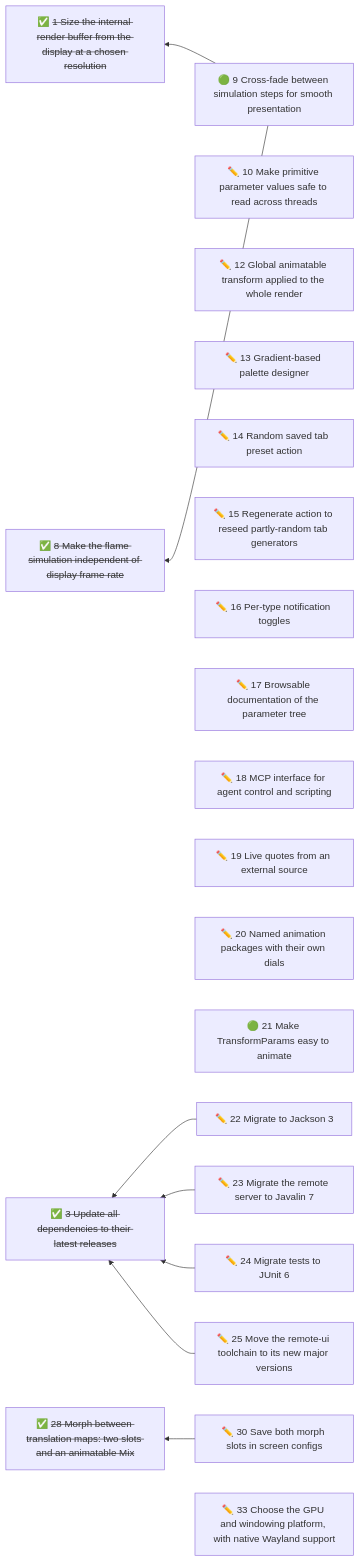
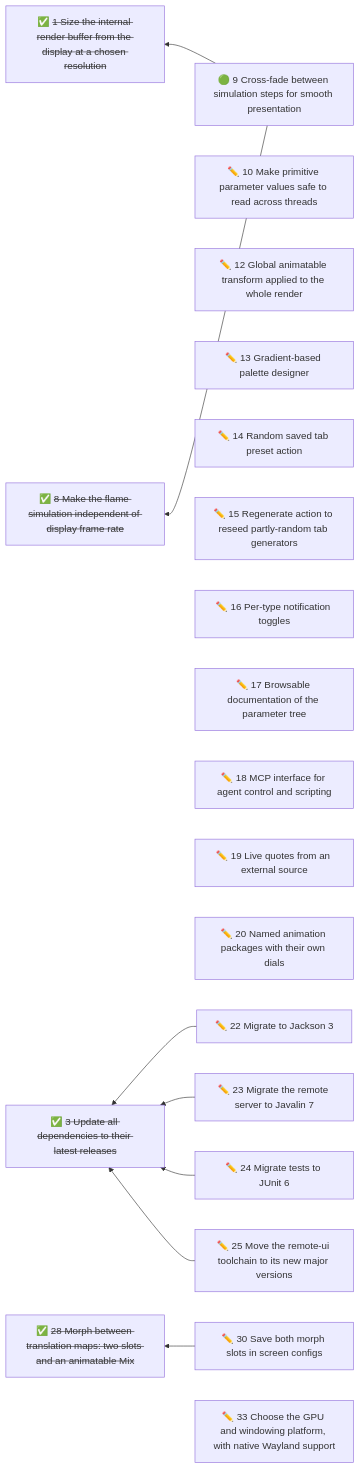
One commit to duckAsteroid/cthugha-reborn changed the diagram in docs/initiatives/README.md. Above: the diagram before and after it, drawn with Mermaid. The commit also changed other lines of this file and 20 other files, not shown here.

First line of the commit message:
feat: make transforms easy to animate (Zoom, Spin, Rotation in degrees)

````diff
--- a/docs/initiatives/README.md
+++ b/docs/initiatives/README.md
@@ -51,54 +50,52 @@
 ```mermaid
 flowchart RL
   n9["🟢 9 Cross-fade between simulation steps for smooth presentation"]
   n10["✏️ 10 Make primitive parameter values safe to read across threads"]
   n12["✏️ 12 Global animatable transform applied to the whole render"]
   n13["✏️ 13 Gradient-based palette designer"]
   n14["✏️ 14 Random saved tab preset action"]
   n15["✏️ 15 Regenerate action to reseed partly-random tab generators"]
   n16["✏️ 16 Per-type notification toggles"]
   n17["✏️ 17 Browsable documentation of the parameter tree"]
   n18["✏️ 18 MCP interface for agent control and scripting"]
   n19["✏️ 19 Live quotes from an external source"]
   n20["✏️ 20 Named animation packages with their own dials"]
-  n21["🟢 21 Make TransformParams easy to animate"]
   n22["✏️ 22 Migrate to Jackson 3"]
   n23["✏️ 23 Migrate the remote server to Javalin 7"]
   n24["✏️ 24 Migrate tests to JUnit 6"]
   n25["✏️ 25 Move the remote-ui toolchain to its new major versions"]
   n30["✏️ 30 Save both morph slots in screen configs"]
   n33["✏️ 33 Choose the GPU and windowing platform, with native Wayland support"]
   n1["✅ <s>1 Size the internal render buffer from the display at a chosen resolution</s>"]
   n8["✅ <s>8 Make the flame simulation independent of display frame rate</s>"]
   n3["✅ <s>3 Update all dependencies to their latest releases</s>"]
   n28["✅ <s>28 Morph between translation maps: two slots and an animatable Mix</s>"]
   n9 --> n1
   n9 --> n8
   n22 --> n3
   n23 --> n3
   n24 --> n3
   n25 --> n3
   n30 --> n28
   click n9 href "09-decouple-simulation-from-display-with-interpolated-presentat.md"
   click n10 href "10-make-primitive-parameter-values-safe-to-read-across-threads.md"
   click n12 href "12-global-animatable-transform-applied-to-the-whole-render.md"
   click n13 href "13-gradient-based-palette-designer.md"
   click n14 href "14-random-saved-tab-preset-action.md"
   click n15 href "15-regenerate-action-to-reseed-partly-random-tab-generators.md"
   click n16 href "16-per-type-notification-toggles.md"
   click n17 href "17-browsable-documentation-of-the-parameter-tree.md"
   click n18 href "18-mcp-interface-for-agent-control-and-scripting.md"
   click n19 href "19-live-quotes-from-an-external-source.md"
   click n20 href "20-named-animation-packages-with-their-own-dials.md"
-  click n21 href "21-make-transformparams-easy-to-animate.md"
   click n22 href "22-migrate-to-jackson-3.md"
   click n23 href "23-migrate-the-remote-server-to-javalin-7.md"
   click n24 href "24-migrate-tests-to-junit-6.md"
   click n25 href "25-move-the-remote-ui-toolchain-to-its-new-major-versions.md"
   click n30 href "30-save-both-morph-slots-in-screen-configs.md"
   click n33 href "33-choose-the-gpu-and-windowing-platform-with-native-wayland-su.md"
   click n1 href "01-cap-the-internal-render-resolution-at-high-window-sizes.md"
   click n8 href "08-make-the-flame-simulation-independent-of-display-frame-rate.md"
   click n3 href "03-update-all-dependencies-to-their-latest-releases.md"
   click n28 href "28-blend-between-two-translation-maps-over-time.md"
 ```
````
